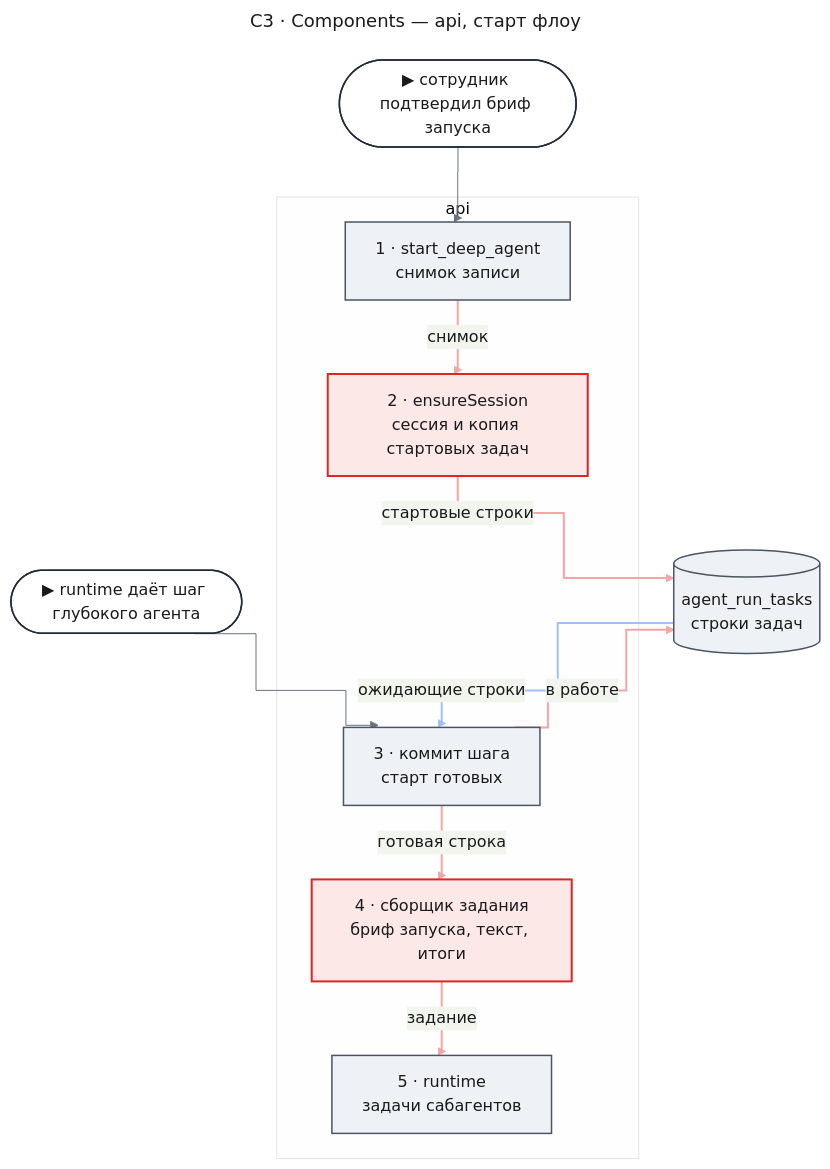
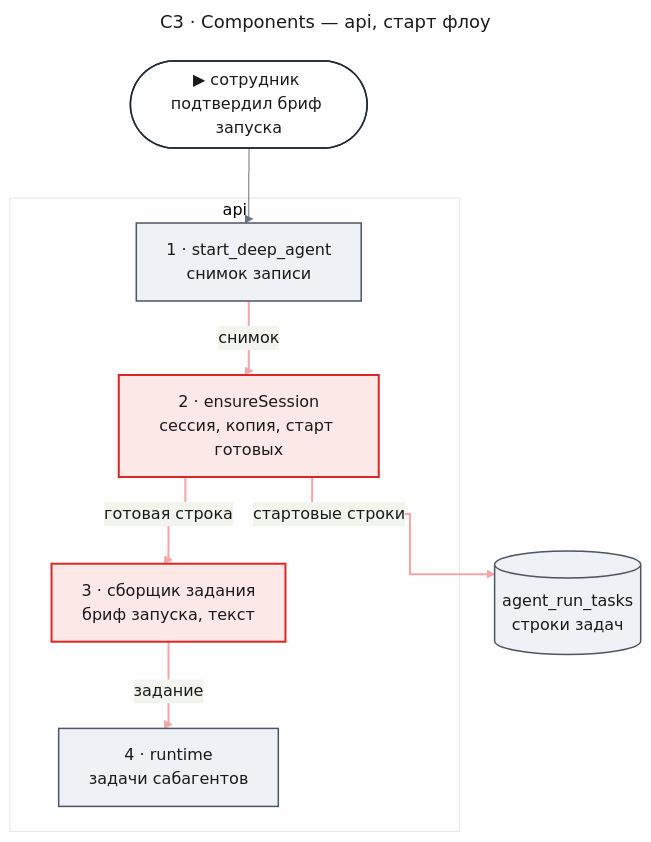
Before and after one commit to tundraray/agent-os: the second of 4 diagrams in docs/features/deep-agents/design-flows.md, drawn with Mermaid. The commit also changed other lines of this file and 1 other file, not shown here.

Commit message:
docs(deep-agents): start tasks without the lead's model call, drop the brief flow

````diff
--- a/docs/features/deep-agents/design-flows.md
+++ b/docs/features/deep-agents/design-flows.md
@@ -259,56 +188,46 @@
 ```mermaid
 ---
 title: "C3 · Components — api, старт флоу"
 config:
   theme: base
   look: classic
   themeVariables:
     primaryColor: "#eef1f5"
     primaryBorderColor: "#4b5563"
     primaryTextColor: "#1a1a1a"
     lineColor: "#6b7280"
   flowchart:
     curve: step
   themeCSS: |
-    @keyframes lit_fl3{0%,15%{stroke:#991b1b;stroke-width:6px}16.7%,100%{stroke:#f4a5a5;stroke-width:2px}}
-    @keyframes litr_fl3{0%,15%{stroke:#1d4ed8;stroke-width:6px}16.7%,100%{stroke:#9ec1f7;stroke-width:2px}}
+    @keyframes lit_fl3{0%,22.5%{stroke:#991b1b;stroke-width:6px}25%,100%{stroke:#f4a5a5;stroke-width:2px}}
 ---
 flowchart TB
     startE(["▶ сотрудник подтвердил бриф запуска"])
-    stepE(["▶ runtime даёт шаг глубокого агента"])
     subgraph apiBox["api"]
         tool["1 · start_deep_agent<br/>снимок записи"]
-        sess["2 · ensureSession<br/>сессия и копия стартовых задач"]
-        stepCommit["3 · коммит шага<br/>старт готовых"]
-        build["4 · сборщик задания<br/>бриф запуска, текст, итоги"]
-        rt["5 · runtime<br/>задачи сабагентов"]
+        sess["2 · ensureSession<br/>сессия, копия, старт готовых"]
+        build["3 · сборщик задания<br/>бриф запуска, текст"]
+        rt["4 · runtime<br/>задачи сабагентов"]
     end
     db[("agent_run_tasks<br/>строки задач")]
     startE --> tool
-    stepE --> stepCommit
     tool e1@-->|"снимок"| sess
     sess e2@-->|"стартовые строки"| db
-    stepCommit e3@-->|"готовая строка"| build
+    sess e3@-->|"готовая строка"| build
     build e4@-->|"задание"| rt
-    stepCommit e5@-->|"в работе"| db
-    db e6@-->|"ожидающие строки"| stepCommit
     classDef entry fill:#ffffff,stroke:#1f2937,stroke-width:1.5px,color:#1a1a1a
     classDef changed fill:#fde8e8,stroke:#dc2626,stroke-width:2px,color:#1a1a1a
     classDef new fill:#e6f4ea,stroke:#16a34a,stroke-width:2px,color:#1a1a1a
     classDef unchanged fill:#eef1f5,stroke:#4b5563,stroke-width:1.5px,color:#1a1a1a
-    classDef w1 stroke:#f4a5a5,stroke-width:2px,animation:lit_fl3 7.2s linear 0s infinite
-    classDef w2 stroke:#f4a5a5,stroke-width:2px,animation:lit_fl3 7.2s linear 1.2s infinite
-    classDef w3 stroke:#f4a5a5,stroke-width:2px,animation:lit_fl3 7.2s linear 2.4s infinite
-    classDef w4 stroke:#f4a5a5,stroke-width:2px,animation:lit_fl3 7.2s linear 3.6s infinite
-    classDef w5 stroke:#f4a5a5,stroke-width:2px,animation:lit_fl3 7.2s linear 4.8s infinite
-    classDef r6 stroke:#9ec1f7,stroke-width:2px,animation:litr_fl3 7.2s linear 6s infinite
-    class startE,stepE entry
+    classDef w1 stroke:#f4a5a5,stroke-width:2px,animation:lit_fl3 4.8s linear 0s infinite
+    classDef w2 stroke:#f4a5a5,stroke-width:2px,animation:lit_fl3 4.8s linear 1.2s infinite
+    classDef w3 stroke:#f4a5a5,stroke-width:2px,animation:lit_fl3 4.8s linear 2.4s infinite
+    classDef w4 stroke:#f4a5a5,stroke-width:2px,animation:lit_fl3 4.8s linear 3.6s infinite
+    class startE entry
     class sess,build changed
-    class tool,stepCommit,rt,db unchanged
+    class tool,rt,db unchanged
     class e1 w1
     class e2 w2
     class e3 w3
     class e4 w4
-    class e5 w5
-    class e6 r6
 ```
````
